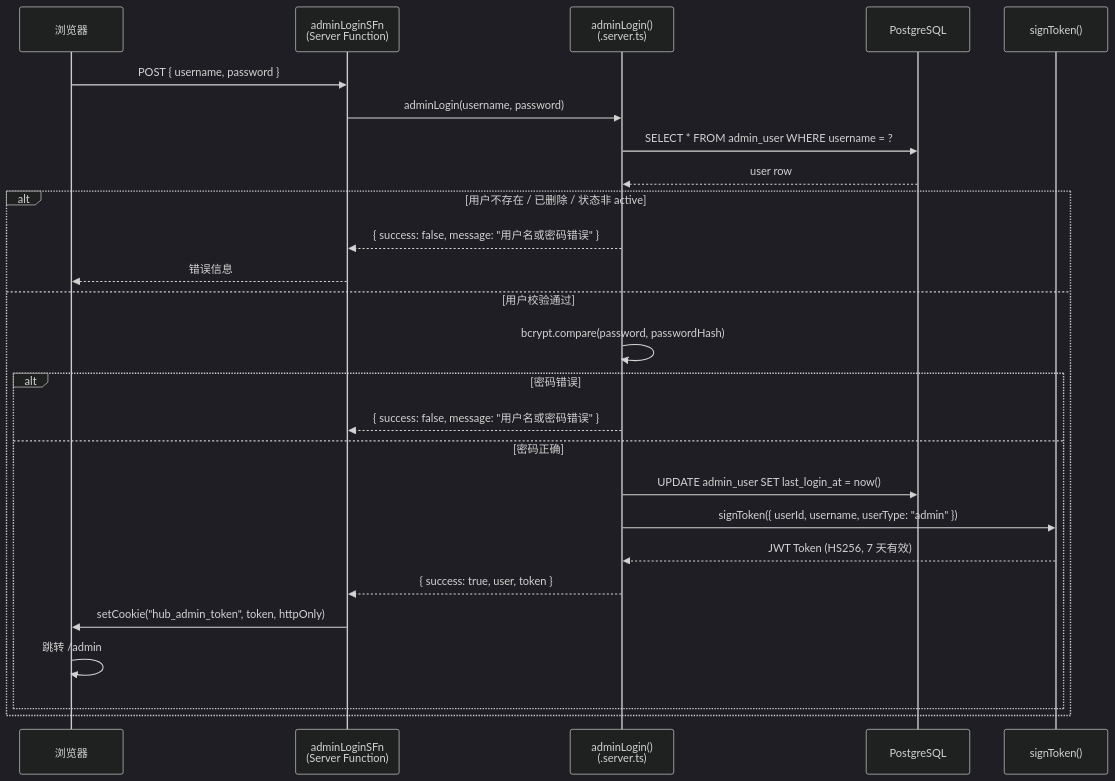
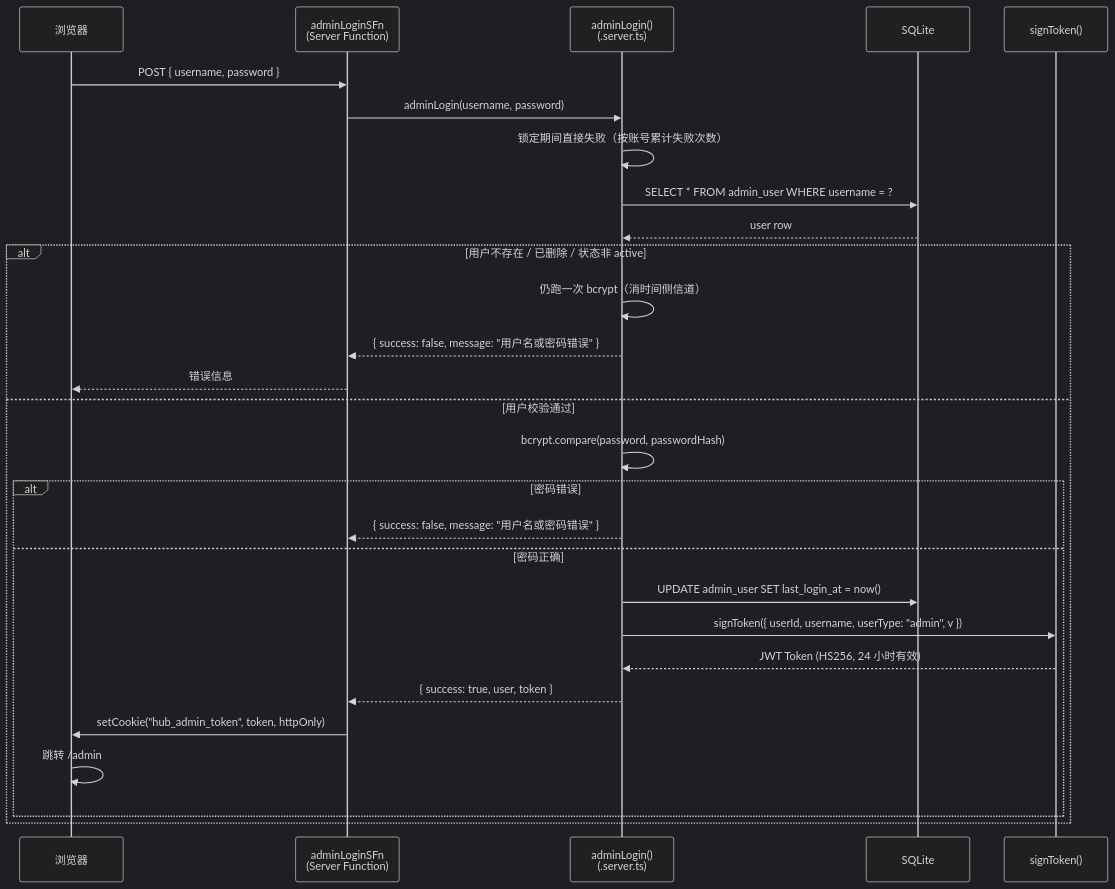
Before and after one commit to lvyueyang/ucode-hub: the third of 6 diagrams in docs/auth-permission-model.md, drawn with Mermaid (dark theme). The commit also changed other lines of this file and 3 other files, not shown here.

````diff
--- a/docs/auth-permission-model.md
+++ b/docs/auth-permission-model.md
@@ -186,31 +189,33 @@
 ```mermaid
 sequenceDiagram
     participant Browser as 浏览器
     participant LoginSF as adminLoginSFn<br/>(Server Function)
     participant Server as adminLogin()<br/>(.server.ts)
-    participant DB as PostgreSQL
+    participant DB as SQLite
     participant JWT as signToken()
 
     Browser->>LoginSF: POST { username, password }
     LoginSF->>Server: adminLogin(username, password)
 
+    Server->>Server: 锁定期间直接失败（按账号累计失败次数）
     Server->>DB: SELECT * FROM admin_user WHERE username = ?
     DB-->>Server: user row
 
     alt 用户不存在 / 已删除 / 状态非 active
+        Server->>Server: 仍跑一次 bcrypt（消时间侧信道）
         Server-->>LoginSF: { success: false, message: "用户名或密码错误" }
         LoginSF-->>Browser: 错误信息
     else 用户校验通过
         Server->>Server: bcrypt.compare(password, passwordHash)
         alt 密码错误
             Server-->>LoginSF: { success: false, message: "用户名或密码错误" }
         else 密码正确
             Server->>DB: UPDATE admin_user SET last_login_at = now()
-            Server->>JWT: signToken({ userId, username, userType: "admin" })
-            JWT-->>Server: JWT Token (HS256, 7 天有效)
+            Server->>JWT: signToken({ userId, username, userType: "admin", v })
+            JWT-->>Server: JWT Token (HS256, 24 小时有效)
             Server-->>LoginSF: { success: true, user, token }
             LoginSF->>Browser: setCookie("hub_admin_token", token, httpOnly)
             Browser->>Browser: 跳转 /admin
         end
     end
 ```
````
